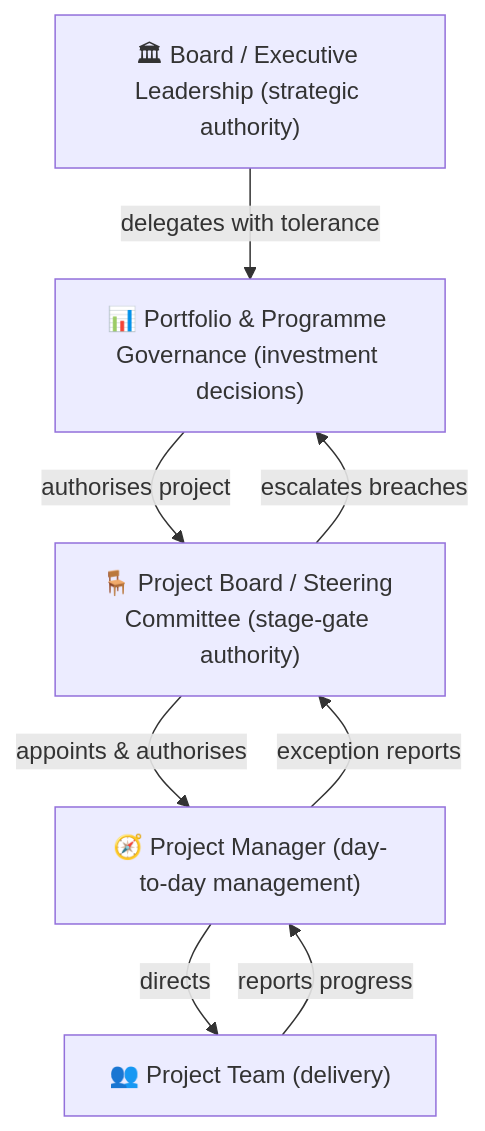
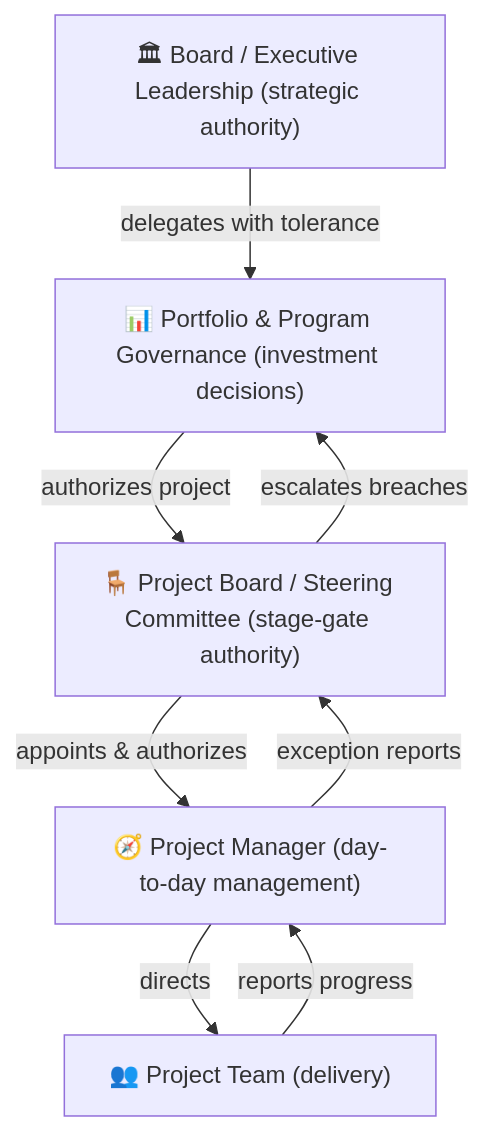
One commit to UncleJS/course_projectManagement changed the first of 3 diagrams in modules/02-governance.md. Above: the diagram before and after it, drawn with Mermaid. The commit also changed other lines of this file and 63 other files, not shown here.

````diff
--- a/modules/02-governance.md
+++ b/modules/02-governance.md
@@ -67,15 +67,15 @@
 ```mermaid
 flowchart TD
     B["🏛 Board / Executive Leadership (strategic authority)"]
-    PP["📊 Portfolio & Programme Governance (investment decisions)"]
+    PP["📊 Portfolio & Program Governance (investment decisions)"]
     PB["🪑 Project Board / Steering Committee (stage-gate authority)"]
     PM["🧭 Project Manager (day-to-day management)"]
     PT["👥 Project Team (delivery)"]
     B -->|"delegates with tolerance"| PP
-    PP -->|"authorises project"| PB
-    PB -->|"appoints & authorises"| PM
+    PP -->|"authorizes project"| PB
+    PB -->|"appoints & authorizes"| PM
     PM -->|"directs"| PT
     PT -->|"reports progress"| PM
     PM -->|"exception reports"| PB
     PB -->|"escalates breaches"| PP
 ```
````
